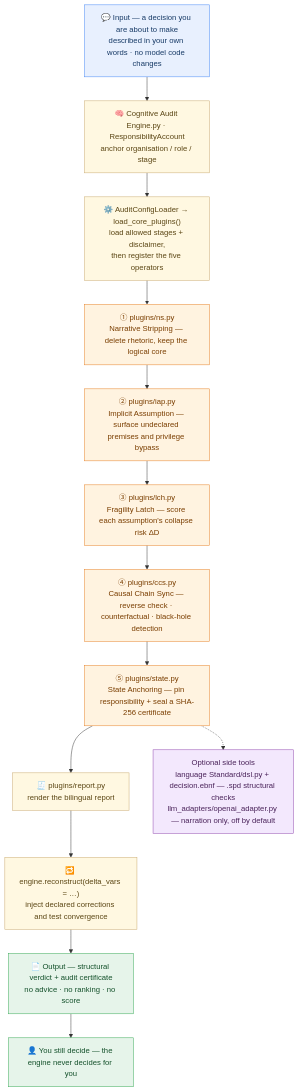
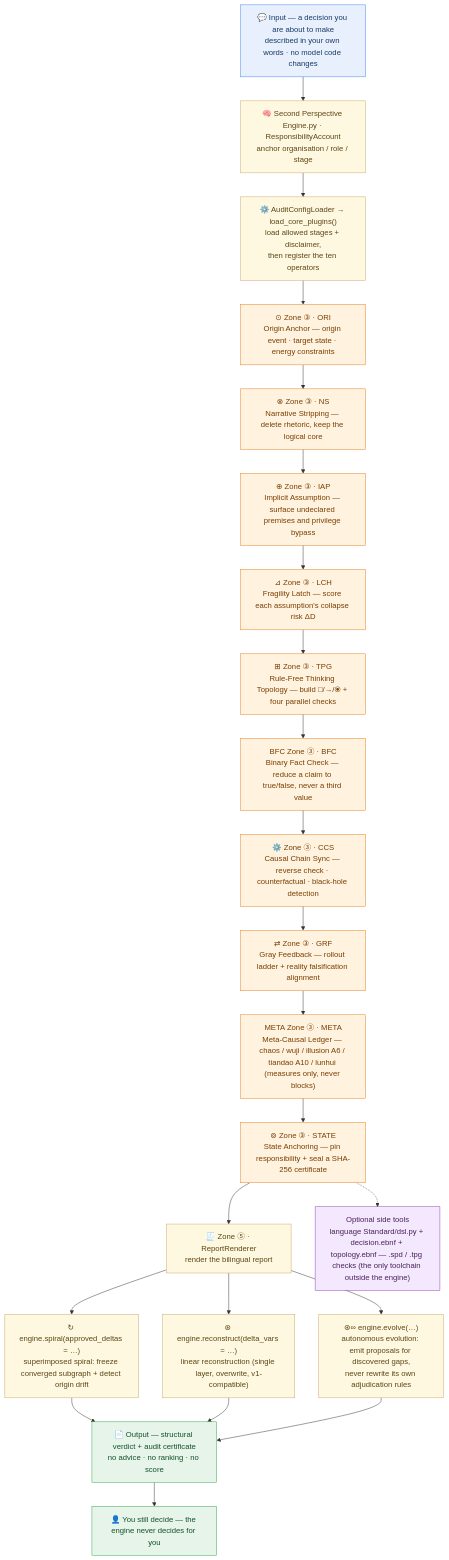
One commit to NOHN-AI/second-perspective changed the diagram in README.md. Above: the diagram before and after it, drawn with Mermaid. The commit also changed other lines of this file and 23 other files, not shown here.

````diff
--- a/README.md
+++ b/README.md
@@ -48,45 +48,61 @@
 ```mermaid
 flowchart TB
     IN["💬 Input — a decision you are about to make<br/>described in your own words · no model code changes"]
 
-    E1["🧠 Cognitive Audit Engine.py · ResponsibilityAccount<br/>anchor organisation / role / stage"]
-    E2["⚙️ AuditConfigLoader → load_core_plugins()<br/>load allowed stages + disclaimer,<br/>then register the five operators"]
+    E1["🧠 Second Perspective Engine.py · ResponsibilityAccount<br/>anchor organisation / role / stage"]
+    E2["⚙️ AuditConfigLoader → load_core_plugins()<br/>load allowed stages + disclaimer,<br/>then register the ten operators"]
 
-    A1["① plugins/ns.py<br/>Narrative Stripping — delete rhetoric, keep the logical core"]
-    A2["② plugins/iap.py<br/>Implicit Assumption — surface undeclared premises and privilege bypass"]
-    A3["③ plugins/lch.py<br/>Fragility Latch — score each assumption's collapse risk ΔD"]
-    A4["④ plugins/ccs.py<br/>Causal Chain Sync — reverse check · counterfactual · black-hole detection"]
-    A5["⑤ plugins/state.py<br/>State Anchoring — pin responsibility + seal a SHA-256 certificate"]
+    A0["⊙ Zone ③ · ORI<br/>Origin Anchor — origin event · target state · energy constraints"]
+    A1["⊗ Zone ③ · NS<br/>Narrative Stripping — delete rhetoric, keep the logical core"]
+    A2["⊕ Zone ③ · IAP<br/>Implicit Assumption — surface undeclared premises and privilege bypass"]
+    A3["⊿ Zone ③ · LCH<br/>Fragility Latch — score each assumption's collapse risk ΔD"]
+    A6["⊞ Zone ③ · TPG<br/>Rule-Free Thinking Topology — build □/→/⦿ + four parallel checks"]
+    A8["BFC Zone ③ · BFC<br/>Binary Fact Check — reduce a claim to true/false, never a third value"]
+    A4["⚙️ Zone ③ · CCS<br/>Causal Chain Sync — reverse check · counterfactual · black-hole detection"]
+    A7["⇄ Zone ③ · GRF<br/>Gray Feedback — rollout ladder + reality falsification alignment"]
+    A9["META Zone ③ · META<br/>Meta-Causal Ledger — chaos / wuji / illusion A6 / tiandao A10 / lunhui (measures only, never blocks)"]
+    A5["⊚ Zone ③ · STATE<br/>State Anchoring — pin responsibility + seal a SHA-256 certificate"]
 
-    R["🧾 plugins/report.py<br/>render the bilingual report"]
-    RC["🔁 engine.reconstruct(delta_vars = …)<br/>inject declared corrections and test convergence"]
+    R["🧾 Zone ⑤ · ReportRenderer<br/>render the bilingual report"]
+    RC["↻ engine.spiral(approved_deltas = …)<br/>superimposed spiral: freeze converged subgraph + detect origin drift"]
+    RC2["⊛ engine.reconstruct(delta_vars = …)<br/>linear reconstruction (single layer, overwrite, v1-compatible)"]
+    RC3["⊛∞ engine.evolve(…)<br/>autonomous evolution: emit proposals for discovered gaps,<br/>never rewrite its own adjudication rules"]
 
-    SIDE["Optional side tools<br/>language Standard/dsl.py + decision.ebnf — .spd structural checks<br/>llm_adapters/openai_adapter.py — narration only, off by default"]
+    SIDE["Optional side tools<br/>language Standard/dsl.py + decision.ebnf + topology.ebnf — .spd / .tpg checks (the only toolchain outside the engine)"]
 
     OUT["📄 Output — structural verdict + audit certificate<br/>no advice · no ranking · no score"]
     HUMAN["👤 You still decide — the engine never decides for you"]
 
     IN --> E1
     E1 --> E2
-    E2 --> A1
+    E2 --> A0
+    A0 --> A1
     A1 --> A2
     A2 --> A3
-    A3 --> A4
-    A4 --> A5
+    A3 --> A6
+    A6 --> A8
+    A8 --> A4
+    A4 --> A7
+    A7 --> A9
+    A9 --> A5
     A5 --> R
     R --> RC
+    R --> RC2
+    R --> RC3
     RC --> OUT
+    RC2 --> OUT
+    RC3 --> OUT
     OUT --> HUMAN
     A5 -.-> SIDE
 
     classDef cIn fill:#E8F0FE,stroke:#4285F4,stroke-width:1px,color:#173A66
     classDef cEng fill:#FFF8E1,stroke:#C9A96E,stroke-width:1px,color:#5B4614
     classDef cOp fill:#FFF3E0,stroke:#E67E22,stroke-width:1px,color:#7A3E00
     classDef cSide fill:#F3E8FD,stroke:#8E44AD,stroke-width:1px,color:#4A235A
     classDef cOut fill:#E6F4EA,stroke:#34A853,stroke-width:1px,color:#14512B
     class IN cIn
-    class E1,E2,R,RC cEng
-    class A1,A2,A3,A4,A5 cOp
+    class E1,E2,R,RC,RC2,RC3 cEng
+    class A0,A1,A2,A3,A4,A5,A6,A7,A8,A9 cOp
     class SIDE cSide
     class OUT,HUMAN cOut
 ```
````
